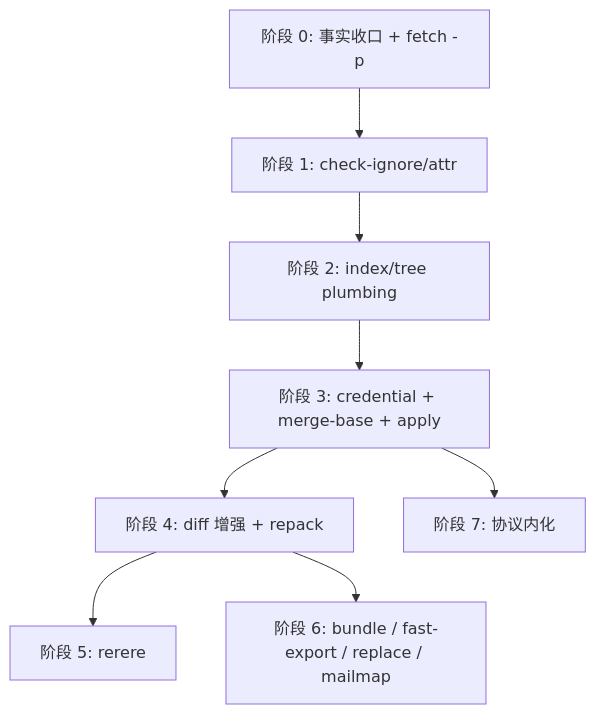
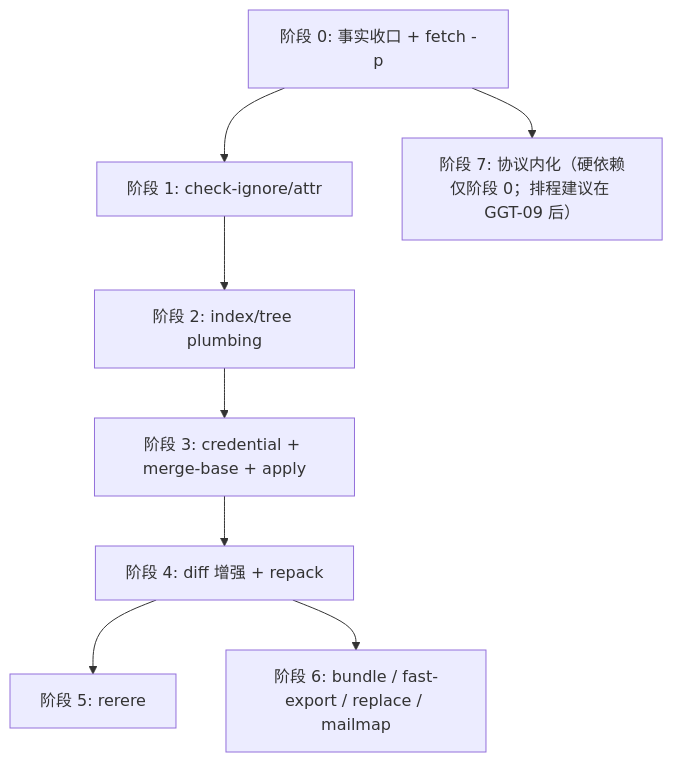
Before and after one commit to web3infra-foundation/libra: the first of 2 diagrams in docs/development/commands/grit-gap.md, drawn with Mermaid. The commit also changed other lines of this file and 12 other files, not shown here.

````diff
--- a/docs/development/commands/grit-gap.md
+++ b/docs/development/commands/grit-gap.md
@@ -203,10 +205,10 @@
 ```mermaid
 flowchart TD
     S0["阶段 0: 事实收口 + fetch -p"] --> S1["阶段 1: check-ignore/attr"]
     S1 --> S2["阶段 2: index/tree plumbing"]
     S2 --> S3["阶段 3: credential + merge-base + apply"]
     S3 --> S4["阶段 4: diff 增强 + repack"]
     S4 --> S5["阶段 5: rerere"]
     S4 --> S6["阶段 6: bundle / fast-export / replace / mailmap"]
-    S3 --> S7["阶段 7: 协议内化"]
+    S0 --> S7["阶段 7: 协议内化（硬依赖仅阶段 0；排程建议在 GGT-09 后）"]
 ```
````
